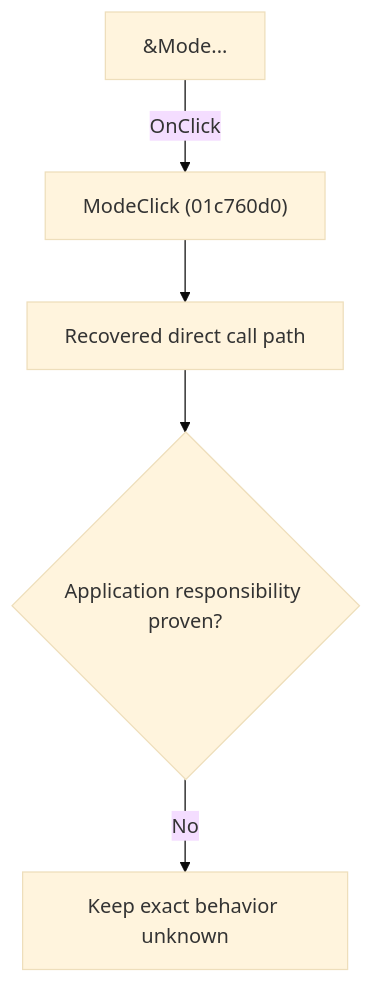
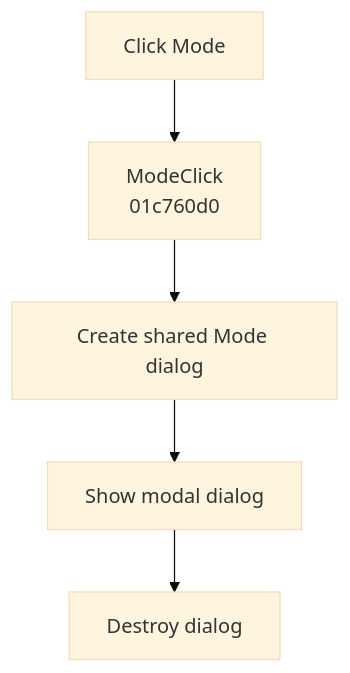
The diagram in docs/ui-controls/schematiceditor/mode-09f6a783f0.md (MovGP0/TIARA), drawn with Mermaid (base theme) before and after one commit. The commit also changed other lines of this file and 241 other files, not shown here.

````diff
--- a/docs/ui-controls/schematiceditor/mode-09f6a783f0.md
+++ b/docs/ui-controls/schematiceditor/mode-09f6a783f0.md
@@ -27,7 +29,7 @@
 ```mermaid
 flowchart TD
-    control["&Mode..."] -->|"OnClick"| handler["ModeClick (01c760d0)"]
-    handler --> recovered["Recovered direct call path"]
-    recovered --> gap{"Application responsibility proven?"}
-    gap -->|"No"| blocked["Keep exact behavior unknown"]
+    control["Click Mode"] --> handler["ModeClick<br/>01c760d0"]
+    handler --> create["Create shared Mode dialog"]
+    create --> modal["Show modal dialog"]
+    modal --> destroy["Destroy dialog"]
 ```
````
